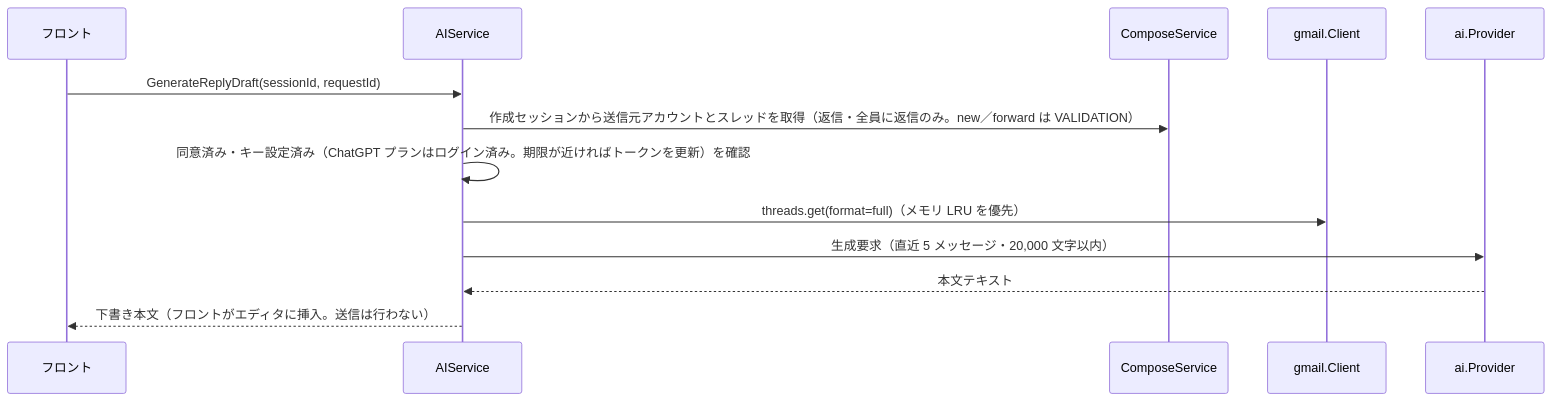
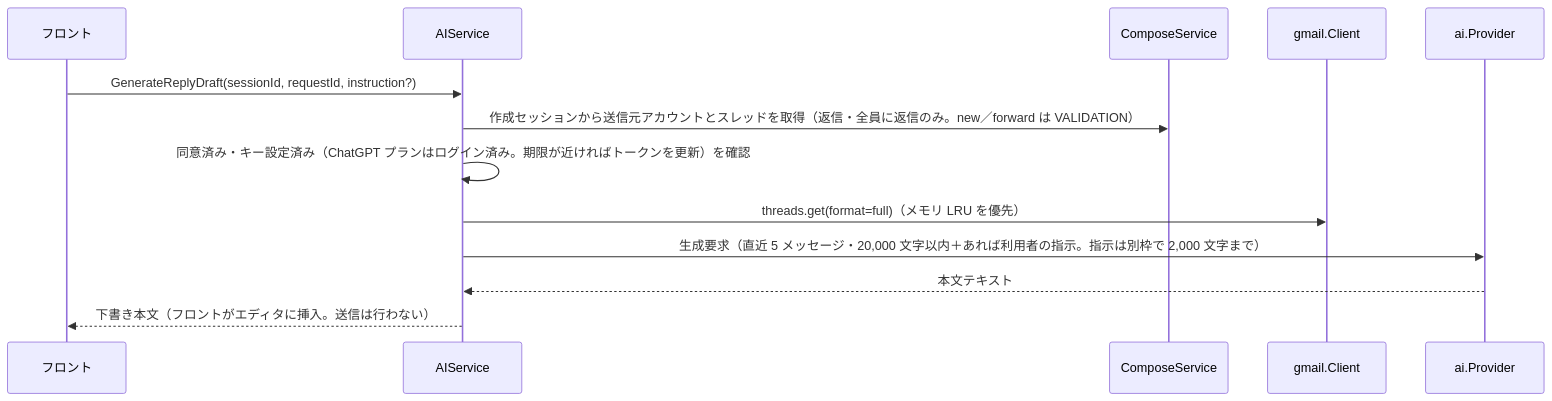
The sixth of 6 diagrams in docs/architecture/overview.md (ousiassllc/hitomado), drawn with Mermaid before and after one commit. The commit also changed other lines of this file and 4 other files, not shown here.

````diff
--- a/docs/architecture/overview.md
+++ b/docs/architecture/overview.md
@@ -283,15 +283,15 @@
 ```mermaid
 sequenceDiagram
   participant FE as フロント
   participant AI as AIService
   participant CS as ComposeService
   participant GM as gmail.Client
   participant PV as ai.Provider
-  FE->>AI: GenerateReplyDraft(sessionId, requestId)
+  FE->>AI: GenerateReplyDraft(sessionId, requestId, instruction?)
   AI->>CS: 作成セッションから送信元アカウントとスレッドを取得（返信・全員に返信のみ。new／forward は VALIDATION）
   AI->>AI: 同意済み・キー設定済み（ChatGPT プランはログイン済み。期限が近ければトークンを更新）を確認
   AI->>GM: threads.get(format=full)（メモリ LRU を優先）
-  AI->>PV: 生成要求（直近 5 メッセージ・20,000 文字以内）
+  AI->>PV: 生成要求（直近 5 メッセージ・20,000 文字以内＋あれば利用者の指示。指示は別枠で 2,000 文字まで）
   PV-->>AI: 本文テキスト
   AI-->>FE: 下書き本文（フロントがエディタに挿入。送信は行わない）
 ```
````
